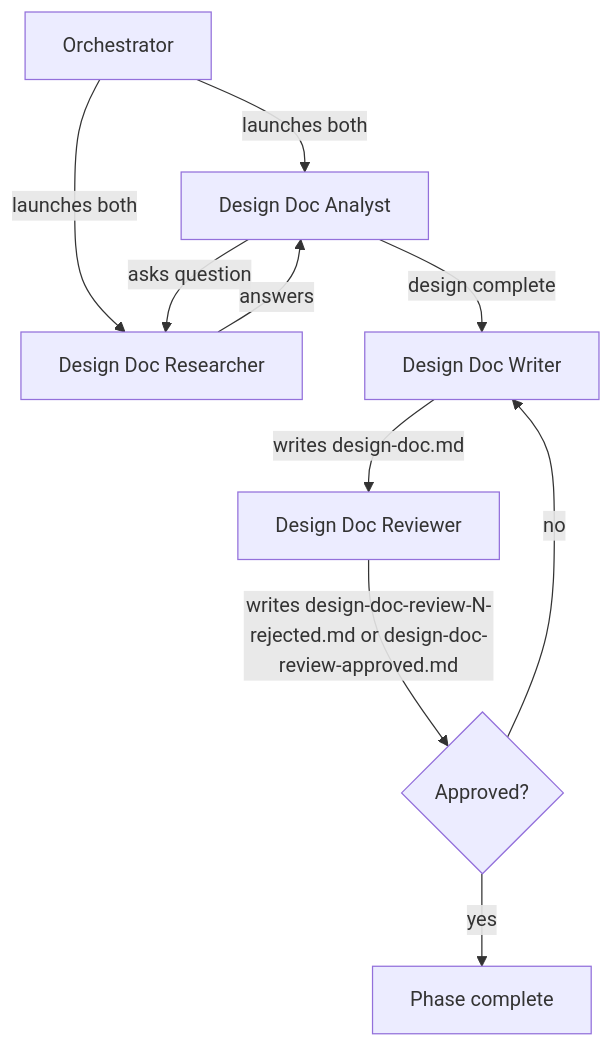
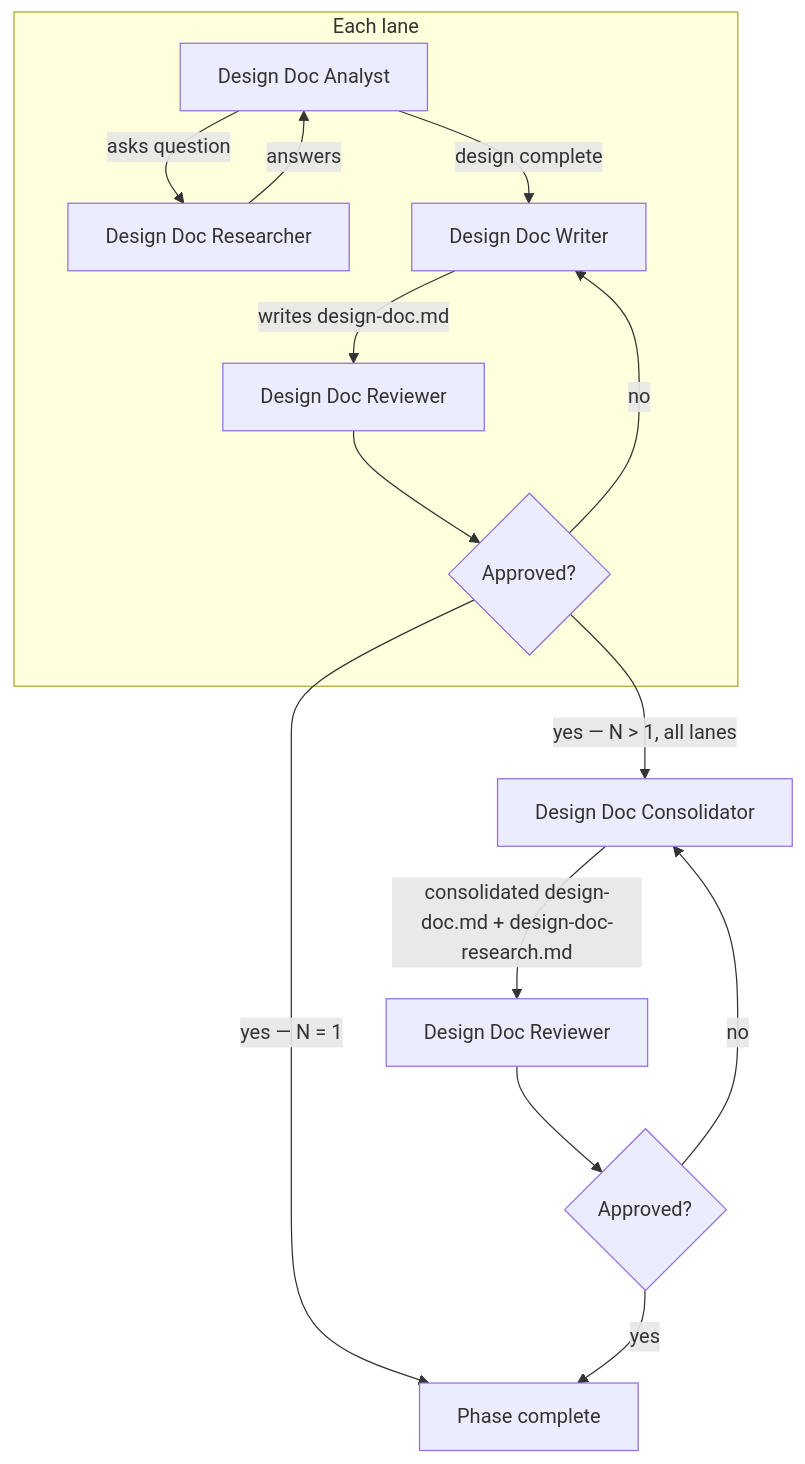
The diagram in skills/radical-pipelines/reference/autonomous-phases/2 - design-doc.md (Automattic/radical-pipelines), drawn with Mermaid before and after one commit. The commit also changed other lines of this file and 6 other files, not shown here.

First line of the commit message:
Architecture v2 package 5: design-doc phase multilane and divergent mode (assisted)

````diff
--- a/skills/radical-pipelines/reference/autonomous-phases/2 - design-doc.md
+++ b/skills/radical-pipelines/reference/autonomous-phases/2 - design-doc.md
@@ -38,12 +59,17 @@
 ```mermaid
 flowchart TD
-    A[Orchestrator] -->|launches both| B[Design Doc Analyst]
-    A -->|launches both| C[Design Doc Researcher]
-    B -->|asks question| C
-    C -->|answers| B
-    B -->|design complete| D[Design Doc Writer]
-    D -->|writes design-doc.md| E[Design Doc Reviewer]
-    E -->|writes design-doc-review-N-rejected.md or design-doc-review-approved.md| F{Approved?}
-    F -->|no| D
-    F -->|yes| G[Phase complete]
+    subgraph lane [Each lane]
+        B[Design Doc Analyst] -->|asks question| C[Design Doc Researcher]
+        C -->|answers| B
+        B -->|design complete| D[Design Doc Writer]
+        D -->|writes design-doc.md| E[Design Doc Reviewer]
+        E --> F{Approved?}
+        F -->|no| D
+    end
+    F -->|"yes — N = 1"| K[Phase complete]
+    F -->|"yes — N > 1, all lanes"| H[Design Doc Consolidator]
+    H -->|consolidated design-doc.md + design-doc-research.md| I[Design Doc Reviewer]
+    I --> J{Approved?}
+    J -->|no| H
+    J -->|yes| K
 ```
````
